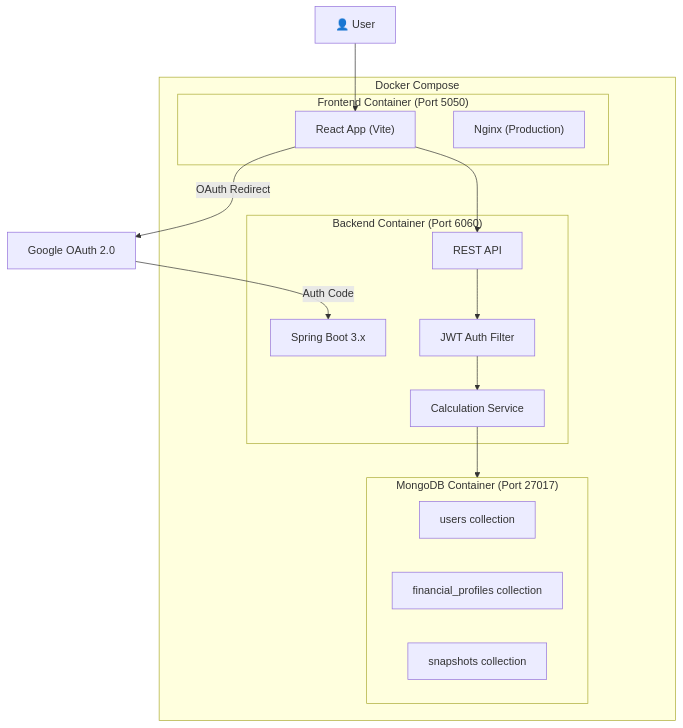
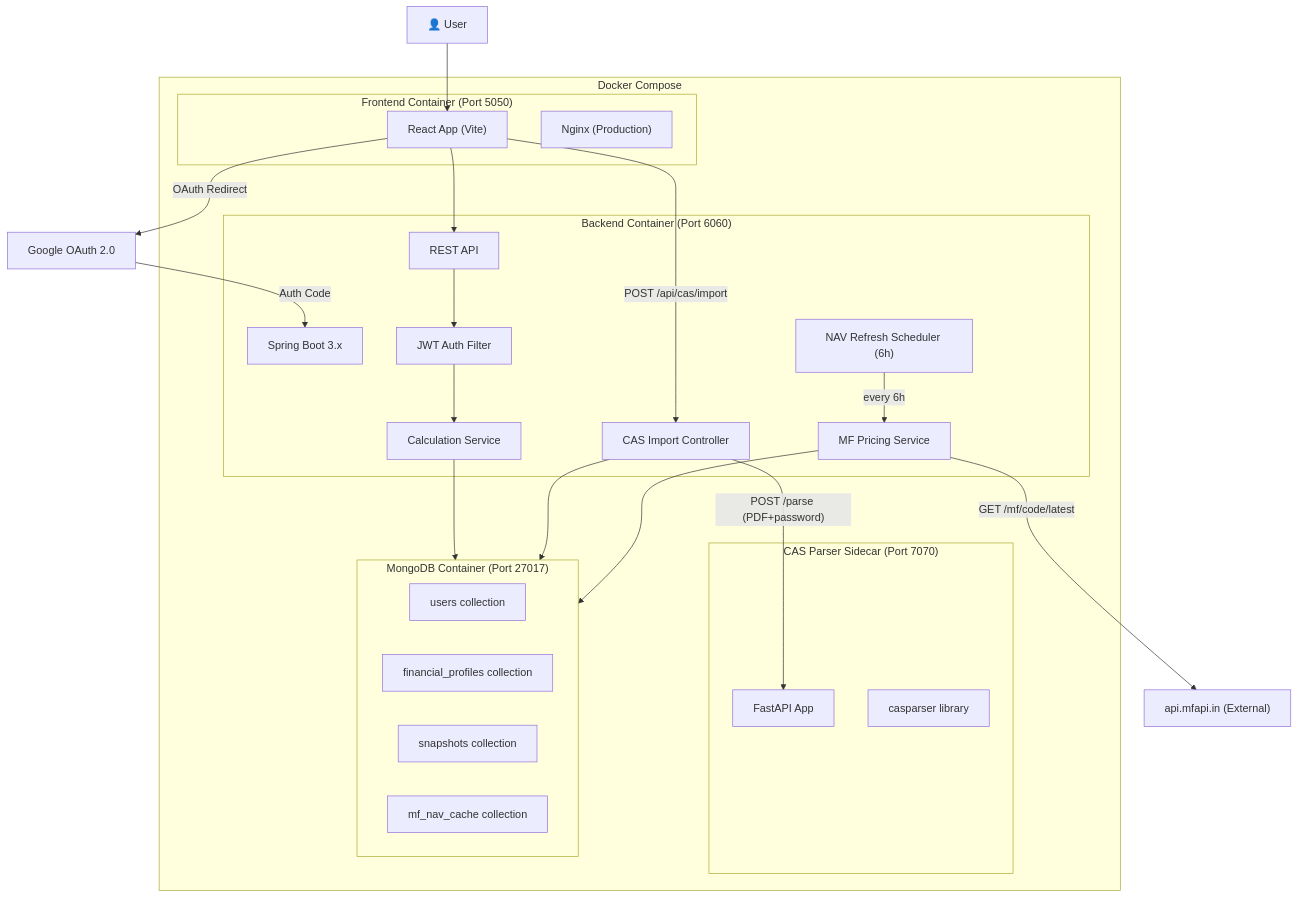
Before and after one commit to jayy2kok/networth: the first of 2 diagrams in docs/architecture.md, drawn with Mermaid. The commit also changed other lines of this file and 23 other files, not shown here.

First line of the commit message:
feat: implement Mutual Fund CAS Import & Live NAV Pricing

````diff
--- a/docs/architecture.md
+++ b/docs/architecture.md
@@ -40,30 +40,47 @@
 ```mermaid
 graph TB
     subgraph Docker Compose
         subgraph Frontend["Frontend Container (Port 5050)"]
             React["React App (Vite)"]
             Nginx["Nginx (Production)"]
         end
 
         subgraph Backend["Backend Container (Port 6060)"]
             Spring["Spring Boot 3.x"]
             JWT["JWT Auth Filter"]
             REST["REST API"]
             CalcService["Calculation Service"]
+            CASCtrl["CAS Import Controller"]
+            MFService["MF Pricing Service"]
+            Scheduler["NAV Refresh Scheduler (6h)"]
+        end
+
+        subgraph CASParser["CAS Parser Sidecar (Port 7070)"]
+            FastAPI["FastAPI App"]
+            Parser["casparser library"]
         end
 
         subgraph DB["MongoDB Container (Port 27017)"]
             Users["users collection"]
             Profiles["financial_profiles collection"]
             Snapshots["snapshots collection"]
+            NavCache["mf_nav_cache collection"]
         end
     end
+
+    MFAPI["api.mfapi.in (External)"]
 
     User["👤 User"] --> React
     React --> REST
     REST --> JWT
     JWT --> CalcService
     CalcService --> DB
+    React -->|"POST /api/cas/import"| CASCtrl
+    CASCtrl -->|"POST /parse (PDF+password)"| FastAPI
+    CASCtrl --> DB
+    MFService -->|"GET /mf/code/latest"| MFAPI
+    Scheduler -->|"every 6h"| MFService
+    MFService --> DB
     React -->|"OAuth Redirect"| Google["Google OAuth 2.0"]
     Google -->|"Auth Code"| Spring
 ```
````
